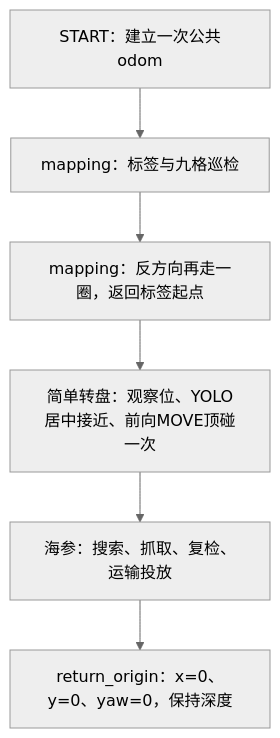
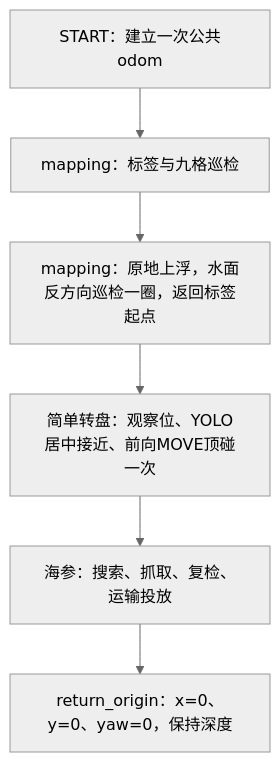
Before and after one commit to EV-control-department/YouLong_AUV_Control_System: the diagram in workspace_auv/docs/full_flow_debug.md, drawn with Mermaid (neutral theme). The commit also changed other lines of this file and 5 other files, not shown here.

````diff
--- a/workspace_auv/docs/full_flow_debug.md
+++ b/workspace_auv/docs/full_flow_debug.md
@@ -5,8 +5,8 @@
 ```mermaid
 flowchart TD
     A[START：建立一次公共odom] --> B[mapping：标签与九格巡检]
-    B --> C[mapping：反方向再走一圈，返回标签起点]
+    B --> C[mapping：原地上浮，水面反方向巡检一圈，返回标签起点]
     C --> D[简单转盘：观察位、YOLO居中接近、前向MOVE顶碰一次]
     D --> E[海参：搜索、抓取、复检、运输投放]
     E --> F[return_origin：x=0、y=0、yaw=0，保持深度]
 ```
````
